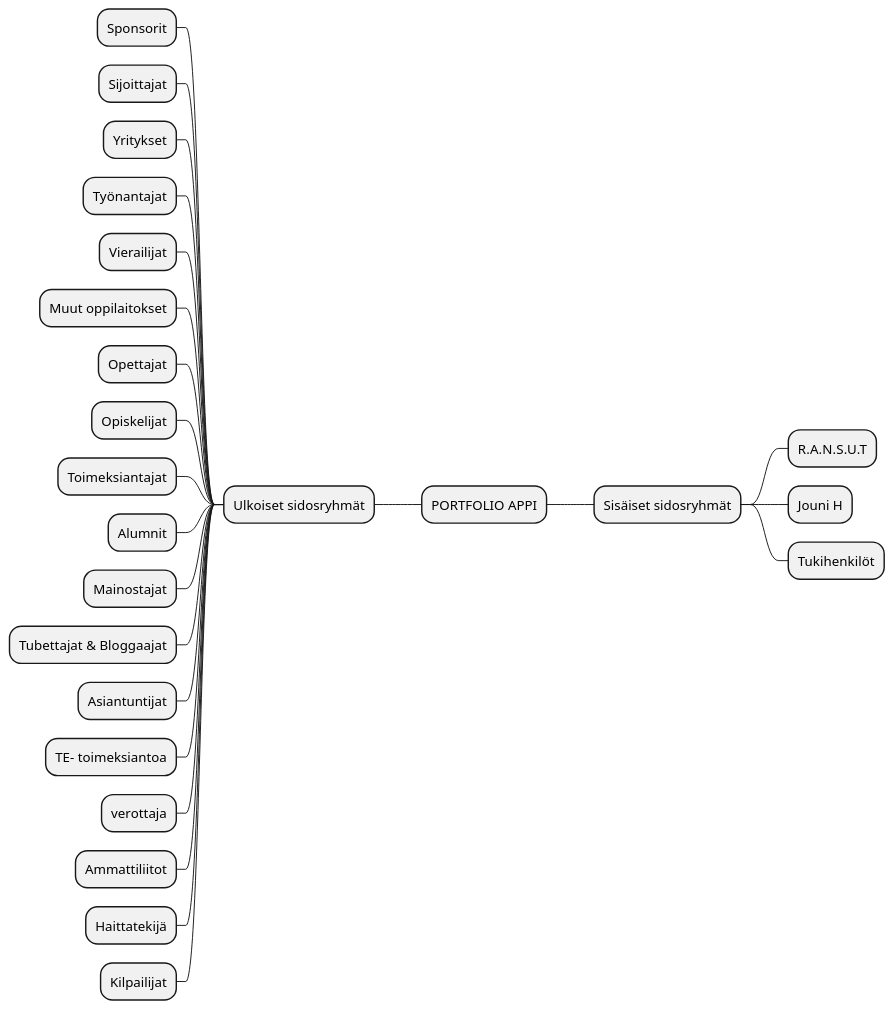
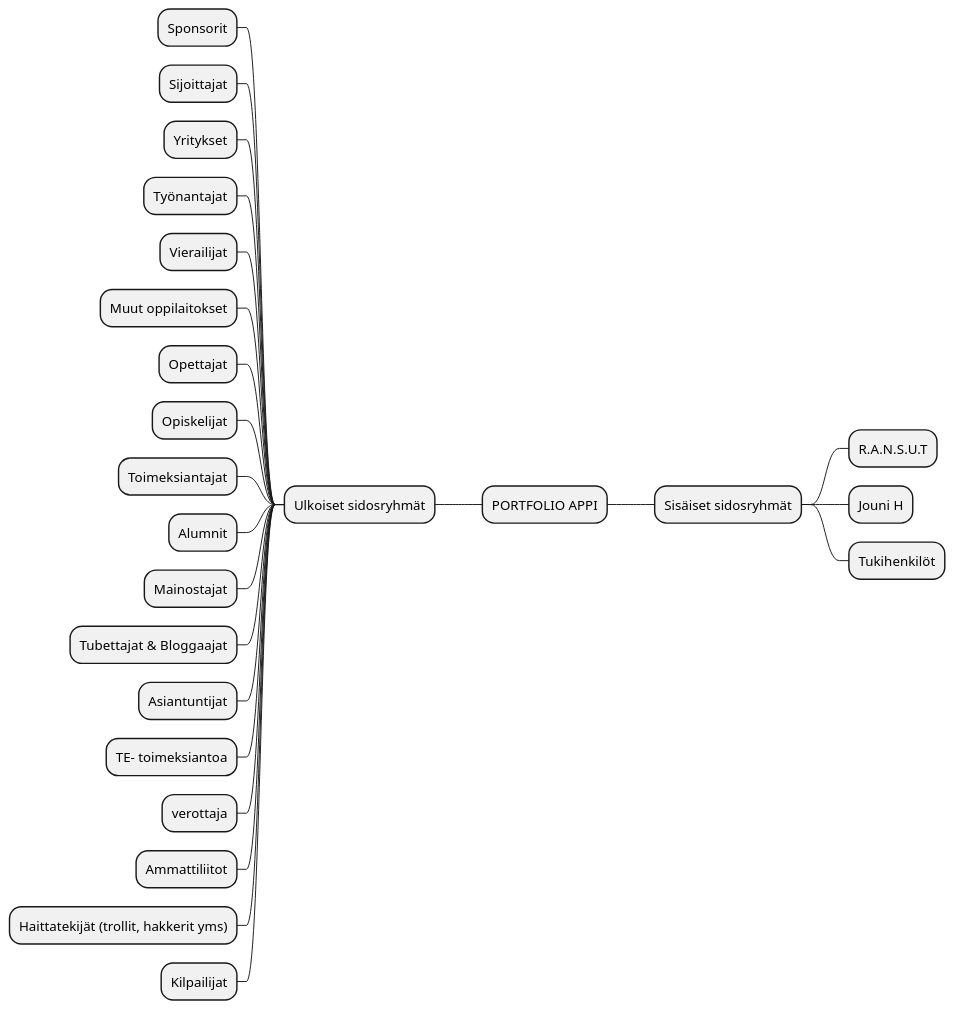
The first of 5 diagrams in dokumentit/20-Vaatimustenhallinta/vaatimusmaaritely-tiivis.md (ninaleo/ransut-core), drawn with PlantUML before and after one commit.

````diff
--- a/dokumentit/20-Vaatimustenhallinta/vaatimusmaaritely-tiivis.md
+++ b/dokumentit/20-Vaatimustenhallinta/vaatimusmaaritely-tiivis.md
@@ -66,28 +66,28 @@
 ```plantuml
 @startmindmap
 + PORTFOLIO APPI
 ++ Sisäiset sidosryhmät
 +++ R.A.N.S.U.T
 +++ Jouni H
 +++ Tukihenkilöt
 -- Ulkoiset sidosryhmät
 --- Sponsorit
 --- Sijoittajat
 --- Yritykset
 --- Työnantajat
 --- Vierailijat
 --- Muut oppilaitokset
 --- Opettajat
 --- Opiskelijat
 --- Toimeksiantajat
 --- Alumnit
 --- Mainostajat
 --- Tubettajat & Bloggaajat
 --- Asiantuntijat
 --- TE- toimeksiantoa
 --- verottaja
 --- Ammattiliitot
---- Haittatekijä
+--- Haittatekijät (trollit, hakkerit yms)
 --- Kilpailijat
 @endmindmap
 ```
````
